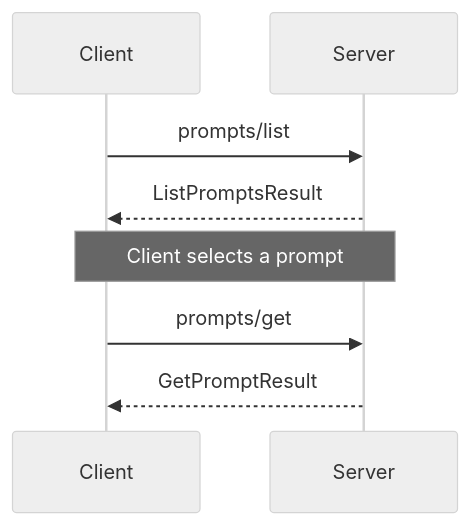
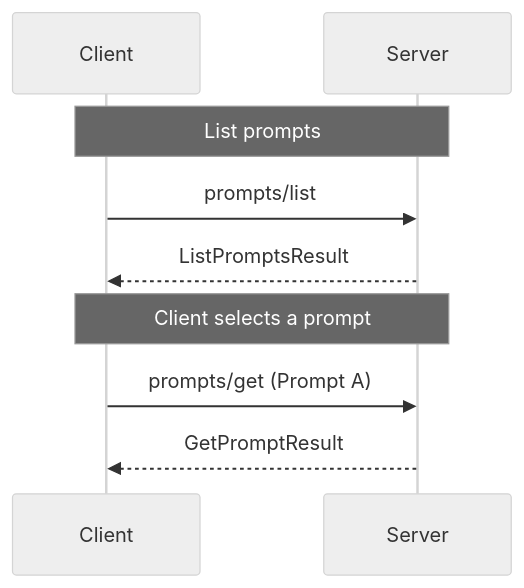
The diagram in docs/spec/prompts.md (zcstarr/modelcontextprotocol), drawn with Mermaid (neutral theme) before and after one commit. The commit also changed other lines of this file, not shown here.

First line of the commit message:
Enhance and clarify Prompts API specification

````diff
--- a/docs/spec/prompts.md
+++ b/docs/spec/prompts.md
@@ -15,11 +75,13 @@
 ```mermaid
 sequenceDiagram
     participant Client
     participant Server
 
+    Note over Client,Server: List prompts
     Client->>Server: prompts/list
     Server-->>Client: ListPromptsResult
+
     Note over Client,Server: Client selects a prompt
-    Client->>Server: prompts/get
+    Client->>Server: prompts/get (Prompt A)
     Server-->>Client: GetPromptResult
 ```
````
